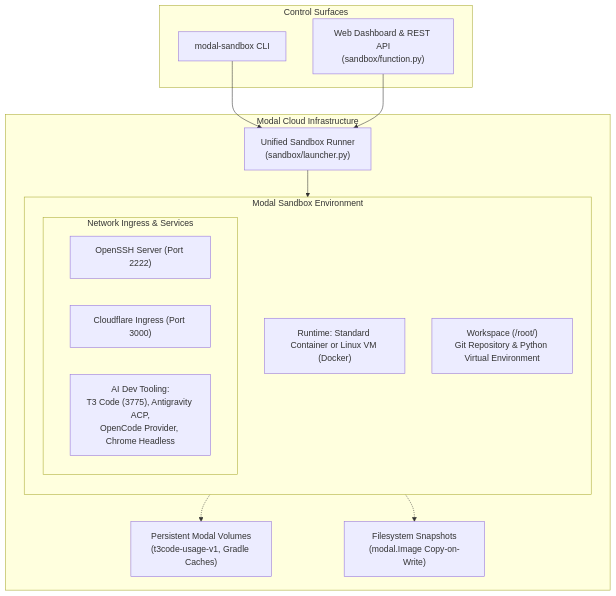
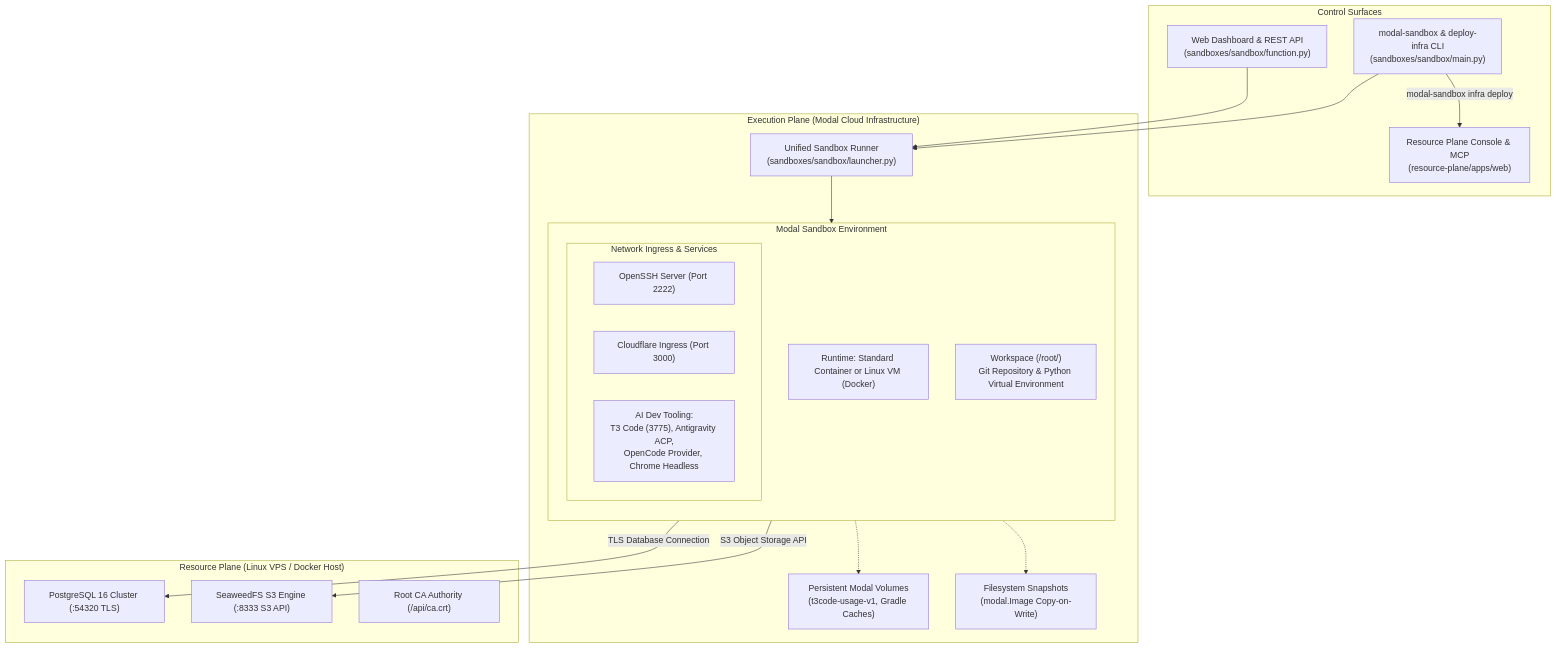
Before and after one commit to YoungMahesh/software-factory: the diagram in docs/index.md, drawn with Mermaid. The commit also changed other lines of this file and 13 other files, not shown here.

First line of the commit message:
docs: update documentation for monorepo and resource plane

````diff
--- a/docs/index.md
+++ b/docs/index.md
@@ -9,32 +12,43 @@
 ```mermaid
 flowchart TD
     subgraph Client["Control Surfaces"]
-        CLI["modal-sandbox CLI"]
-        WebUI["Web Dashboard & REST API<br/>(sandbox/function.py)"]
+        CLI["modal-sandbox & deploy-infra CLI<br/>(sandboxes/sandbox/main.py)"]
+        WebUI["Web Dashboard & REST API<br/>(sandboxes/sandbox/function.py)"]
+        RPUI["Resource Plane Console & MCP<br/>(resource-plane/apps/web)"]
     end
 
-    subgraph ModalCloud["Modal Cloud Infrastructure"]
-        Runner["Unified Sandbox Runner<br/>(sandbox/launcher.py)"]
+    subgraph ModalCloud["Execution Plane (Modal Cloud Infrastructure)"]
+        Runner["Unified Sandbox Runner<br/>(sandboxes/sandbox/launcher.py)"]
         
         subgraph Sandbox["Modal Sandbox Environment"]
             direction TB
             Runtime["Runtime: Standard Container or Linux VM (Docker)"]
             Workspace["Workspace (/root/<name>)<br/>Git Repository & Python Virtual Environment"]
             
             subgraph Services["Network Ingress & Services"]
                 SSH["OpenSSH Server (Port 2222)"]
                 Tunnel["Cloudflare Ingress (Port 3000)"]
                 AgentTools["AI Dev Tooling:<br/>T3 Code (3775), Antigravity ACP,<br/>OpenCode Provider, Chrome Headless"]
             end
         end
 
         Volume["Persistent Modal Volumes<br/>(t3code-usage-v1, Gradle Caches)"]
         Snapshots["Filesystem Snapshots<br/>(modal.Image Copy-on-Write)"]
     end
 
+    subgraph ResourcePlane["Resource Plane (Linux VPS / Docker Host)"]
+        Postgres["PostgreSQL 16 Cluster (:54320 TLS)"]
+        SeaweedFS["SeaweedFS S3 Engine (:8333 S3 API)"]
+        CertAuthority["Root CA Authority (/api/ca.crt)"]
+    end
+
     CLI --> Runner
+    CLI -- "modal-sandbox infra deploy" --> RPUI
     WebUI --> Runner
     Runner --> Sandbox
     Sandbox -.-> Volume
     Sandbox -.-> Snapshots
+
+    Sandbox -- "TLS Database Connection" --> Postgres
+    Sandbox -- "S3 Object Storage API" --> SeaweedFS
 ```
````
